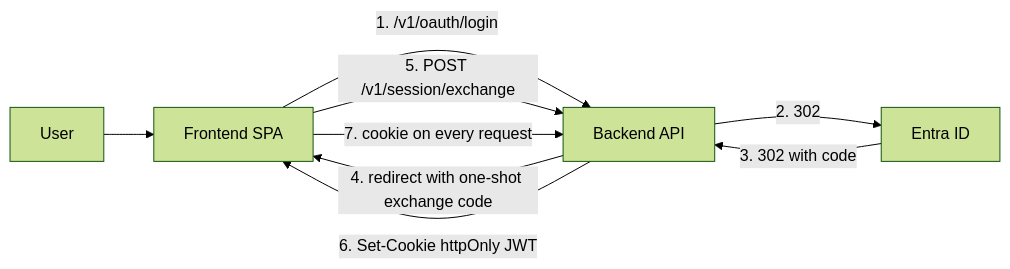
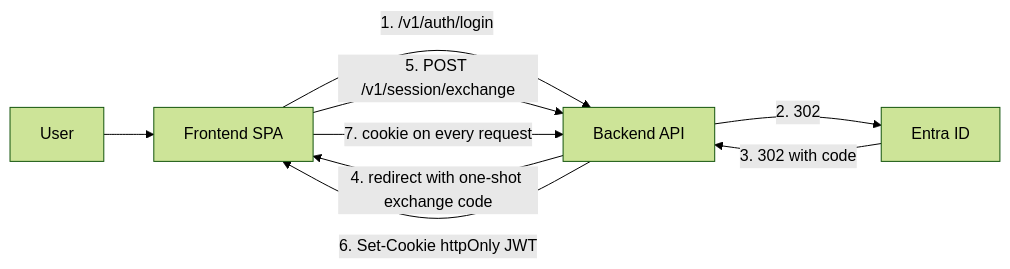
Before and after one commit to EPFL-ENAC/co2-calculator: the first of 3 diagrams in docs/src/architecture/04-auth-flow.md, drawn with Mermaid (forest theme). The commit also changed other lines of this file and 8 other files, not shown here.

````diff
--- a/docs/src/architecture/04-auth-flow.md
+++ b/docs/src/architecture/04-auth-flow.md
@@ -9,11 +9,11 @@
 ```mermaid
 flowchart LR
     U[User] --> SPA[Frontend SPA]
-    SPA -->|1. /v1/oauth/login| API[Backend API]
+    SPA -->|1. /v1/auth/login| API[Backend API]
     API -->|2. 302| Entra[Entra ID]
     Entra -->|3. 302 with code| API
     API -->|4. redirect with one-shot exchange code| SPA
     SPA -->|5. POST /v1/session/exchange| API
     API -->|6. Set-Cookie httpOnly JWT| SPA
     SPA -->|7. cookie on every request| API
 ```
````
